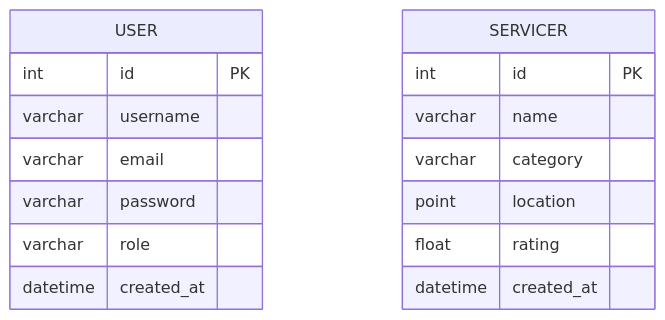
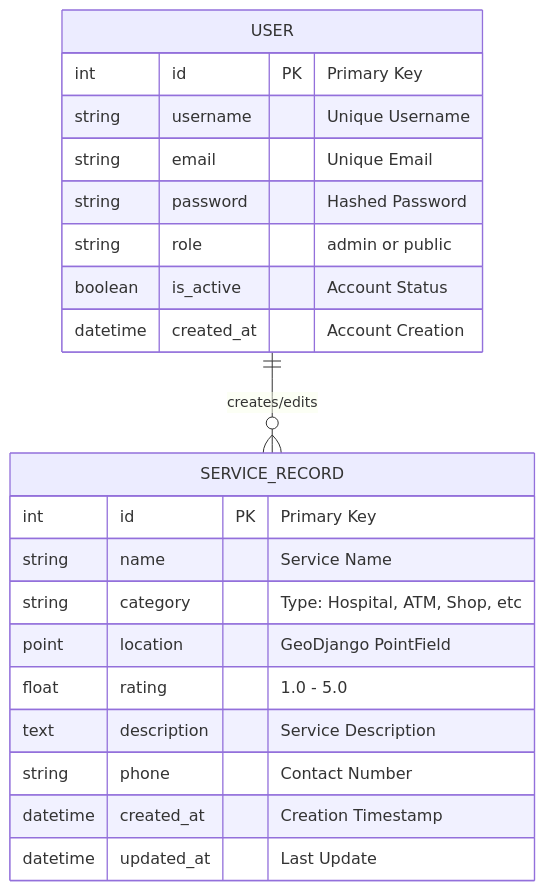
The second of 6 diagrams in README.md (Sumitgupta54856171/Local_Service_Finder), drawn with Mermaid before and after one commit. The commit also changed other lines of this file, not shown here.

Commit message:
Update README with comprehensive project structure, tech stack, and detailed diagrams

````diff
--- a/README.md
+++ b/README.md
@@ -33,20 +171,25 @@
 ```mermaid
 erDiagram
-	USER {
-		int id PK
-		varchar username
-		varchar email
-		varchar password
-		varchar role
-		datetime created_at
-	}
-	SERVICER {
-		int id PK
-		varchar name
-		varchar category
-		point location
-		float rating
-		datetime created_at
-	}
-	%% Note: there is no foreign-key relationship defined in the current models.py
+    USER ||--o{ SERVICE_RECORD : "creates/edits"
+    SERVICE_RECORD {
+        int id PK "Primary Key"
+        string name "Service Name"
+        string category "Type: Hospital, ATM, Shop, etc"
+        point location "GeoDjango PointField"
+        float rating "1.0 - 5.0"
+        text description "Service Description"
+        string phone "Contact Number"
+        datetime created_at "Creation Timestamp"
+        datetime updated_at "Last Update"
+    }
+    
+    USER {
+        int id PK "Primary Key"
+        string username "Unique Username"
+        string email "Unique Email"
+        string password "Hashed Password"
+        string role "admin or public"
+        boolean is_active "Account Status"
+        datetime created_at "Account Creation"
+    }
 ```
````
